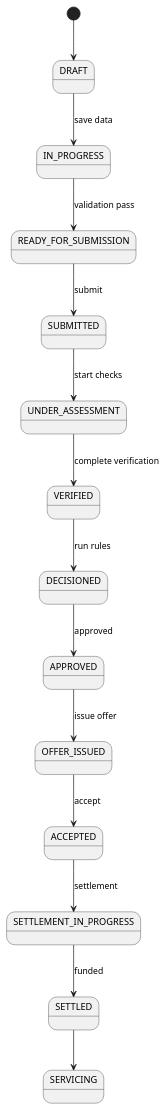
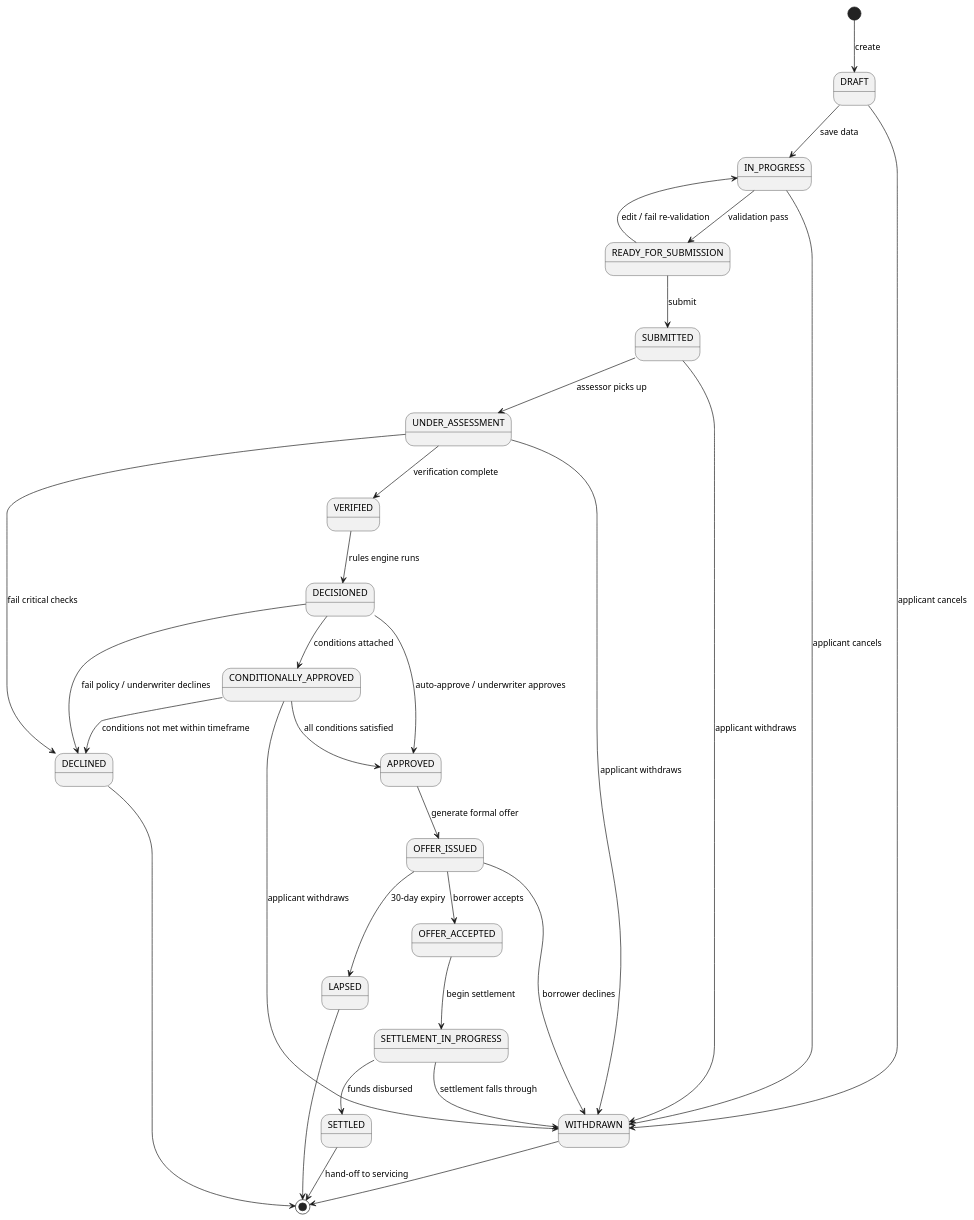
The second of 10 diagrams in mortgage-origination-srs.md (atheryon-ai/atheryon-mortgages), drawn with PlantUML before and after one commit. The commit also changed other lines of this file and 143 other files, not shown here.

````diff
--- a/mortgage-origination-srs.md
+++ b/mortgage-origination-srs.md
@@ -148,17 +714,47 @@
 ```plantuml
 @startuml
-[*] --> DRAFT
+[*] --> DRAFT : create
+
 DRAFT --> IN_PROGRESS : save data
+DRAFT --> WITHDRAWN : applicant cancels
+
 IN_PROGRESS --> READY_FOR_SUBMISSION : validation pass
+IN_PROGRESS --> WITHDRAWN : applicant cancels
+
 READY_FOR_SUBMISSION --> SUBMITTED : submit
-SUBMITTED --> UNDER_ASSESSMENT : start checks
-UNDER_ASSESSMENT --> VERIFIED : complete verification
-VERIFIED --> DECISIONED : run rules
-DECISIONED --> APPROVED : approved
-APPROVED --> OFFER_ISSUED : issue offer
-OFFER_ISSUED --> ACCEPTED : accept
-ACCEPTED --> SETTLEMENT_IN_PROGRESS : settlement
-SETTLEMENT_IN_PROGRESS --> SETTLED : funded
-SETTLED --> SERVICING
+READY_FOR_SUBMISSION --> IN_PROGRESS : edit / fail re-validation
+
+SUBMITTED --> UNDER_ASSESSMENT : assessor picks up
+SUBMITTED --> WITHDRAWN : applicant withdraws
+
+UNDER_ASSESSMENT --> VERIFIED : verification complete
+UNDER_ASSESSMENT --> DECLINED : fail critical checks
+UNDER_ASSESSMENT --> WITHDRAWN : applicant withdraws
+
+VERIFIED --> DECISIONED : rules engine runs
+
+DECISIONED --> APPROVED : auto-approve / underwriter approves
+DECISIONED --> CONDITIONALLY_APPROVED : conditions attached
+DECISIONED --> DECLINED : fail policy / underwriter declines
+
+CONDITIONALLY_APPROVED --> APPROVED : all conditions satisfied
+CONDITIONALLY_APPROVED --> DECLINED : conditions not met within timeframe
+CONDITIONALLY_APPROVED --> WITHDRAWN : applicant withdraws
+
+APPROVED --> OFFER_ISSUED : generate formal offer
+
+OFFER_ISSUED --> OFFER_ACCEPTED : borrower accepts
+OFFER_ISSUED --> LAPSED : 30-day expiry
+OFFER_ISSUED --> WITHDRAWN : borrower declines
+
+OFFER_ACCEPTED --> SETTLEMENT_IN_PROGRESS : begin settlement
+
+SETTLEMENT_IN_PROGRESS --> SETTLED : funds disbursed
+SETTLEMENT_IN_PROGRESS --> WITHDRAWN : settlement falls through
+
+DECLINED --> [*]
+WITHDRAWN --> [*]
+LAPSED --> [*]
+SETTLED --> [*] : hand-off to servicing
 @enduml
 ```
````
